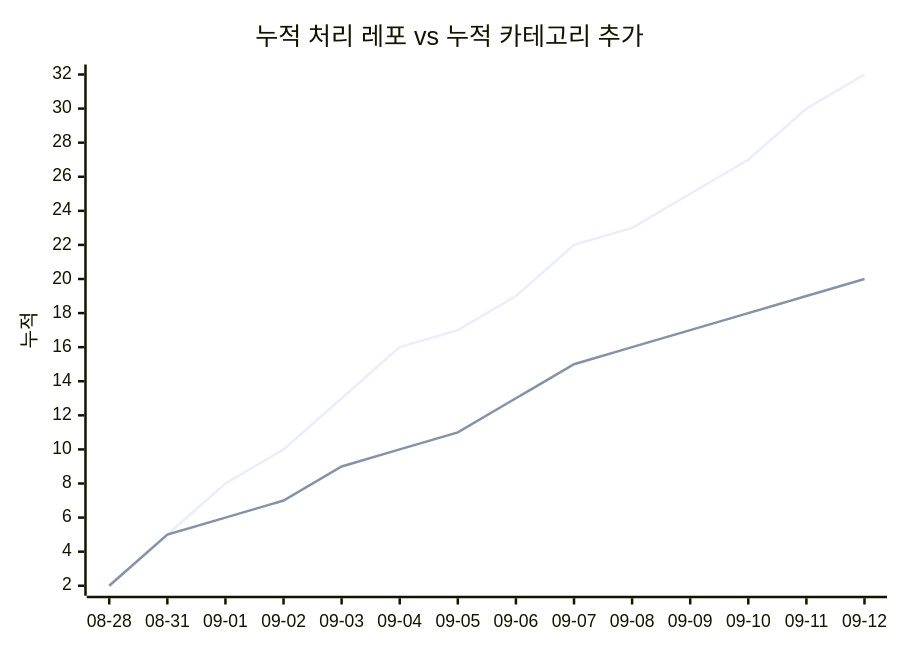
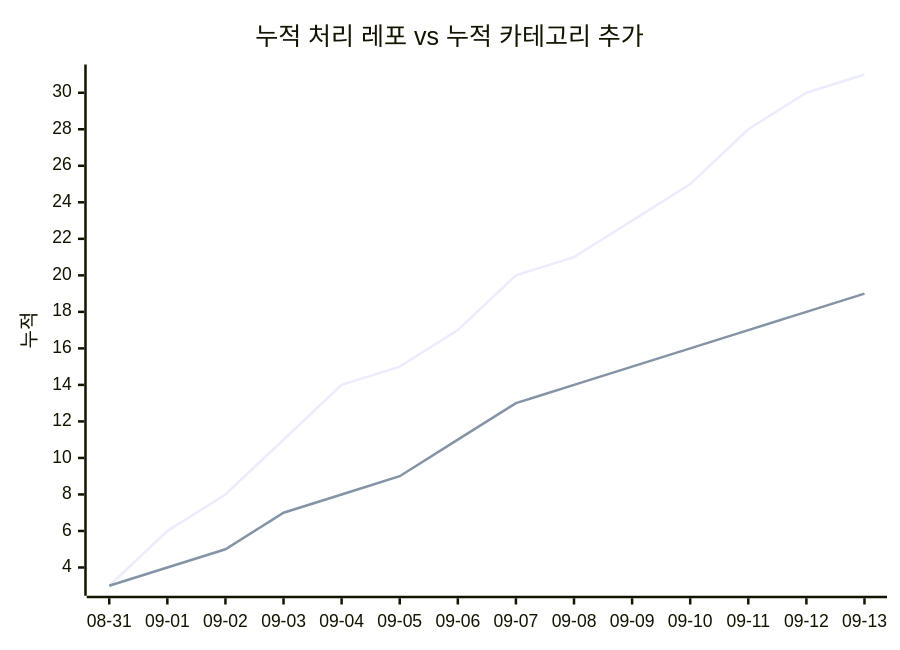
The second of 2 diagrams in docs/trends.md (J-nowcow/awesome-korean-agent-skills), drawn with Mermaid before and after one commit. The commit also changed other lines of this file and 4 other files, not shown here.

````diff
--- a/docs/trends.md
+++ b/docs/trends.md
@@ -68,8 +68,8 @@
 ```mermaid
 xychart-beta
     title "누적 처리 레포 vs 누적 카테고리 추가"
-    x-axis ["08-28","08-31","09-01","09-02","09-03","09-04","09-05","09-06","09-07","09-08","09-09","09-10","09-11","09-12"]
+    x-axis ["08-31","09-01","09-02","09-03","09-04","09-05","09-06","09-07","09-08","09-09","09-10","09-11","09-12","09-13"]
     y-axis "누적"
-    line [2,5,8,10,13,16,17,19,22,23,25,27,30,32]
-    line [2,5,6,7,9,10,11,13,15,16,17,18,19,20]
+    line [3,6,8,11,14,15,17,20,21,23,25,28,30,31]
+    line [3,4,5,7,8,9,11,13,14,15,16,17,18,19]
 ```
````
